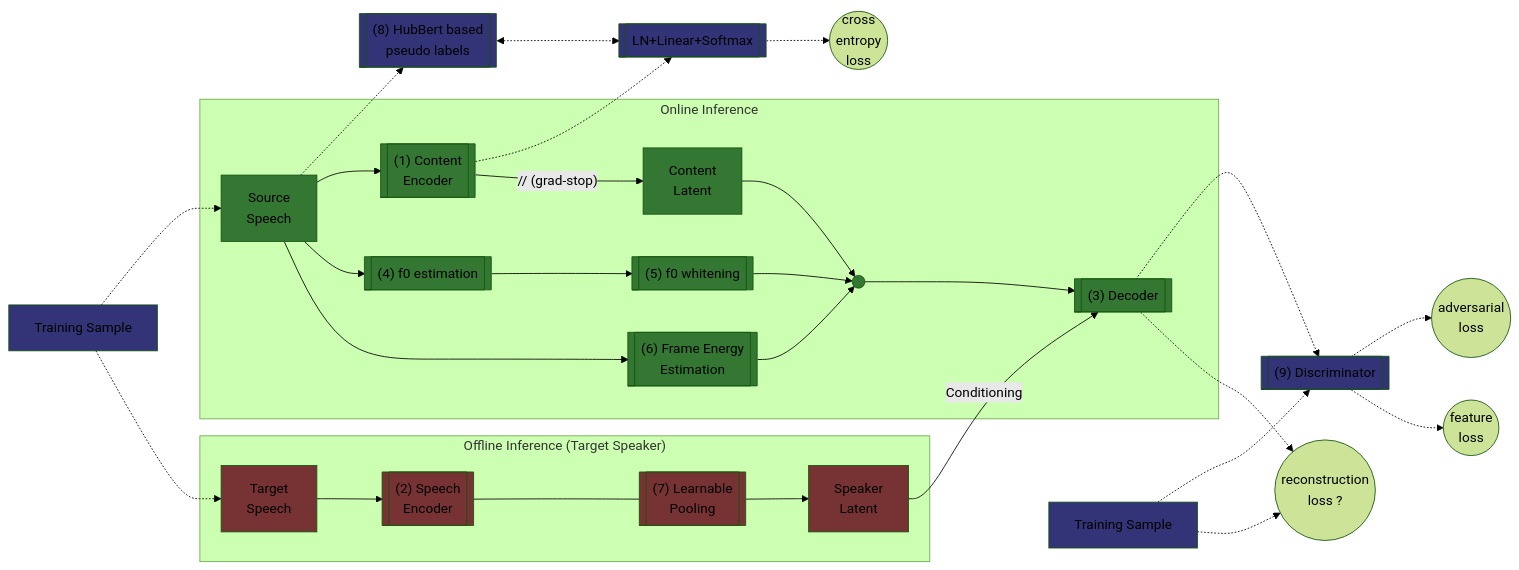
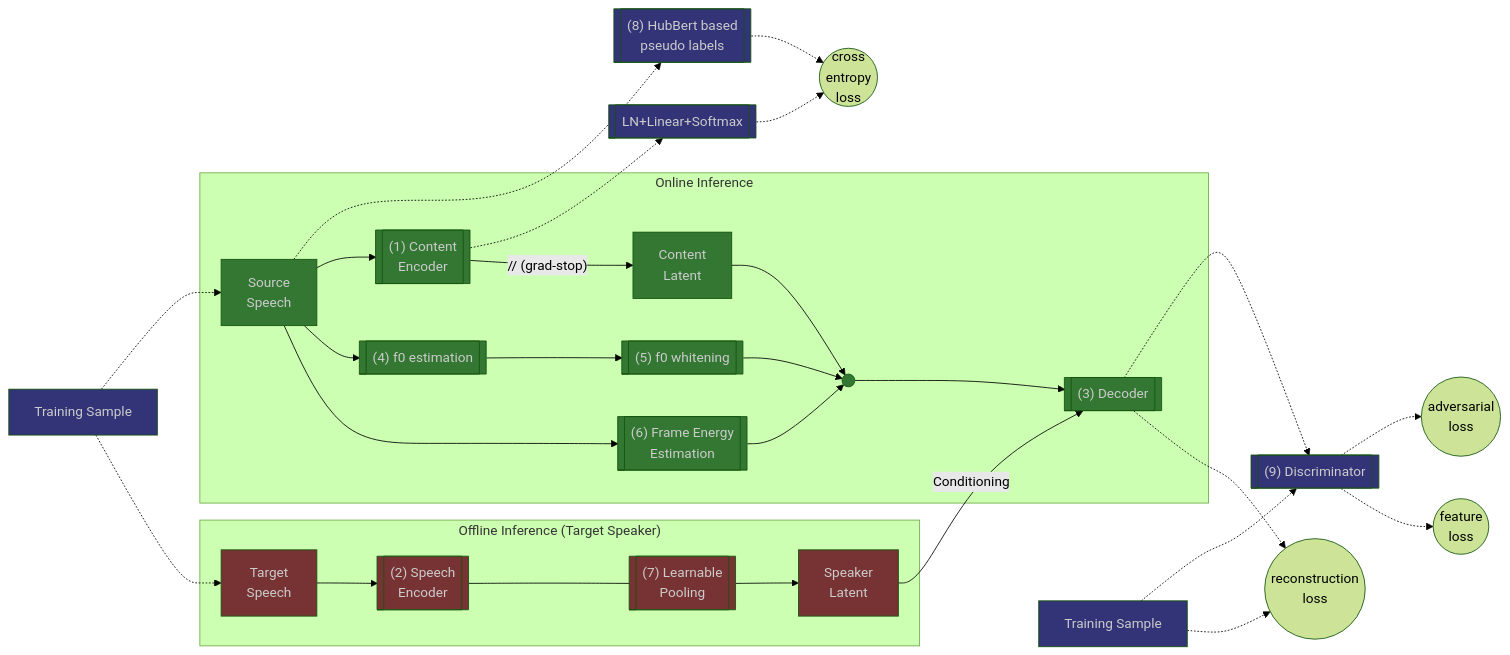
One commit to yuval-reshef/StreamVC changed the diagram in README.md. Above: the diagram before and after it, drawn with Mermaid (forest theme). The commit also changed 1 other file, not shown here.

Commit message:
readme changes

````diff
--- a/README.md
+++ b/README.md
@@ -4,29 +4,29 @@
 ```mermaid
 flowchart LR 
     TS[Training Sample] -.-> SP
     SP -.-> HB[["(8) HubBert based\npseudo labels"]]
-    HB <-.-> LN[[LN+Linear+Softmax]] -.->L1((cross\nentropy\nloss))
-    CE -.->LN
+    CE -.-> LN[[LN+Linear+Softmax]] -.->L1((cross\nentropy\nloss))
+    HB -.->L1
     subgraph Online Inference
         SP[Source\nSpeech] --> CE[["(1) Content\nEncoder"]] -->|"// (grad-stop)"| CL[Content\nLatent] --> CAT(( )) -->D[["(3) Decoder"]]
         SP --> f0[["(4) f0 estimation"]] --> f0y[["(5) f0 whitening"]] --> CAT
         SP --> FE[["(6) Frame Energy\nEstimation"]] --> CAT
     end
     subgraph "Offline Inference (Target Speaker)"
         TP[Target\nSpeech] --> SE[["(2) Speech\nEncoder"]] --- LP[["(7) Learnable\nPooling"]]-->SL[Speaker\nLatent]
     end
     TS -.-> TP
     SL --> |Conditioning| D
     D -.-> Dis[["(9) Discriminator"]]
     TS2[Training Sample] -.->Dis
     Dis -.-> L2((adversarial\nloss))
     Dis -.-> L3((feature\nloss))
-    D -.-> L4((reconstruction\nloss ?))
-    TS2 -.-> L4
-    classDef train fill:#337;
+    D -.-> L4((reconstruction\nloss))
+    TS2 -.-> L4 
+    classDef train fill:#337,color:#ccc;
     class TS,TS2,HB,LN,Dis train;
-    classDef off fill:#733;
+    classDef off fill:#733,color:#ccc;
     class TP,SE,LP,SL off;
-    classDef else fill:#373;
+    classDef else fill:#373,color:#ccc;
     class SP,CE,CL,D,f0,f0y,FE,CAT else;
 ```
````
